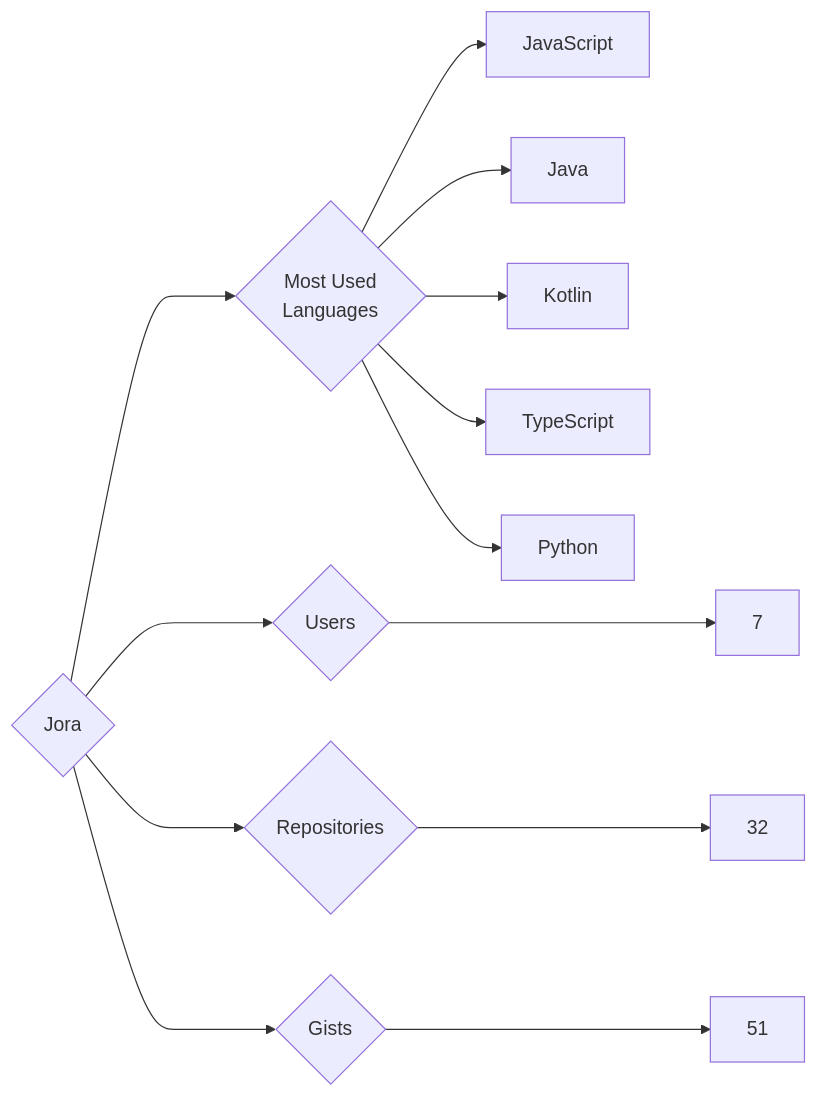
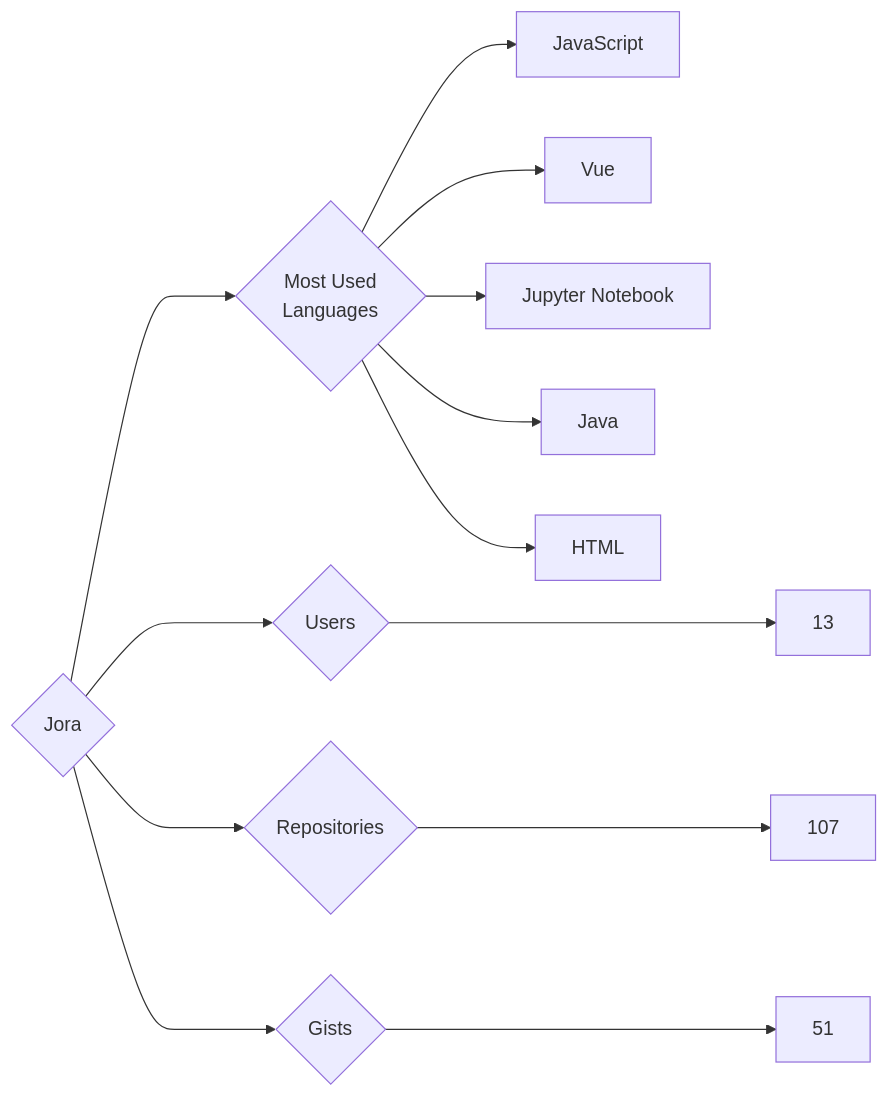
One commit to trickest/insiders changed the diagram in targets/Jora/README.md. Above: the diagram before and after it, drawn with Mermaid. The commit also changed 749 other files, not shown here.

````diff
--- a/targets/Jora/README.md
+++ b/targets/Jora/README.md
@@ -3,13 +3,13 @@
 ```mermaid
 graph LR
 COMPANY_NAME{Jora}
-COMPANY_NAME ---> U{Users} ---> UN[7]
-COMPANY_NAME ---> R{Repositories} ---> RN[32]
+COMPANY_NAME ---> U{Users} ---> UN[13]
+COMPANY_NAME ---> R{Repositories} ---> RN[107]
 COMPANY_NAME ---> G{Gists} ---> GN[51]
 COMPANY_NAME ---> ML{Most Used<br>Languages}
 ML --> JavaScript[JavaScript]
+ML --> Vue[Vue]
+ML --> Jupyter_Notebook[Jupyter Notebook]
 ML --> Java[Java]
-ML --> Kotlin[Kotlin]
-ML --> TypeScript[TypeScript]
-ML --> Python[Python]
+ML --> HTML[HTML]
 ```
````
